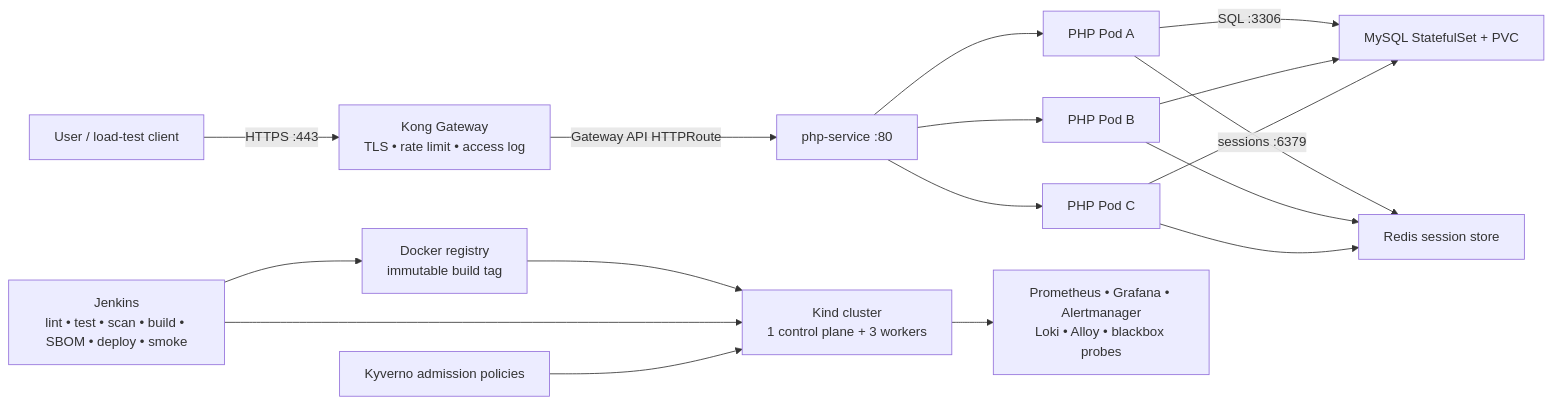
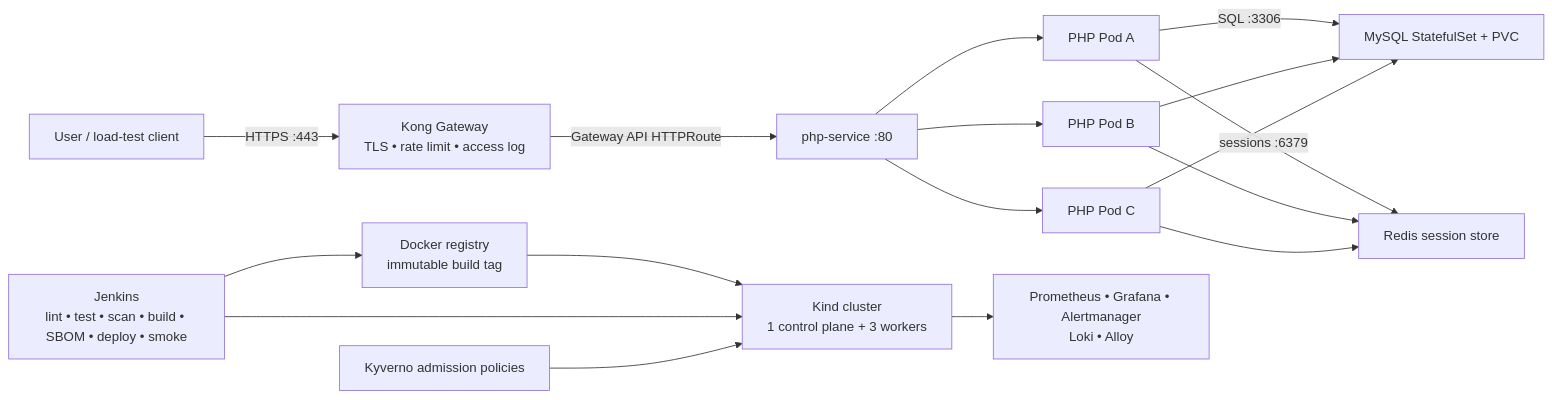
One commit to CNAS-Team/CNAS-Assg changed the diagram in docs/ARCHITECTURE.md. Above: the diagram before and after it, drawn with Mermaid. The commit also changed other lines of this file and 10 other files, not shown here.

````diff
--- a/docs/ARCHITECTURE.md
+++ b/docs/ARCHITECTURE.md
@@ -5,20 +5,20 @@
 ```mermaid
 flowchart LR
     U["User / load-test client"] -->|"HTTPS :443"| KG["Kong Gateway\nTLS • rate limit • access log"]
     KG -->|"Gateway API HTTPRoute"| SVC["php-service :80"]
     SVC --> P1["PHP Pod A"]
     SVC --> P2["PHP Pod B"]
     SVC --> P3["PHP Pod C"]
     P1 -->|"SQL :3306"| DB["MySQL StatefulSet + PVC"]
     P2 --> DB
     P3 --> DB
     P1 -->|"sessions :6379"| R["Redis session store"]
     P2 --> R
     P3 --> R
 
     CI["Jenkins\nlint • test • scan • build • SBOM • deploy • smoke"] --> REG["Docker registry\nimmutable build tag"]
     REG --> K["Kind cluster\n1 control plane + 3 workers"]
     CI --> K
-    K --> OBS["Prometheus • Grafana • Alertmanager\nLoki • Alloy • blackbox probes"]
+    K --> OBS["Prometheus • Grafana • Alertmanager\nLoki • Alloy"]
     POL["Kyverno admission policies"] --> K
 ```
````
